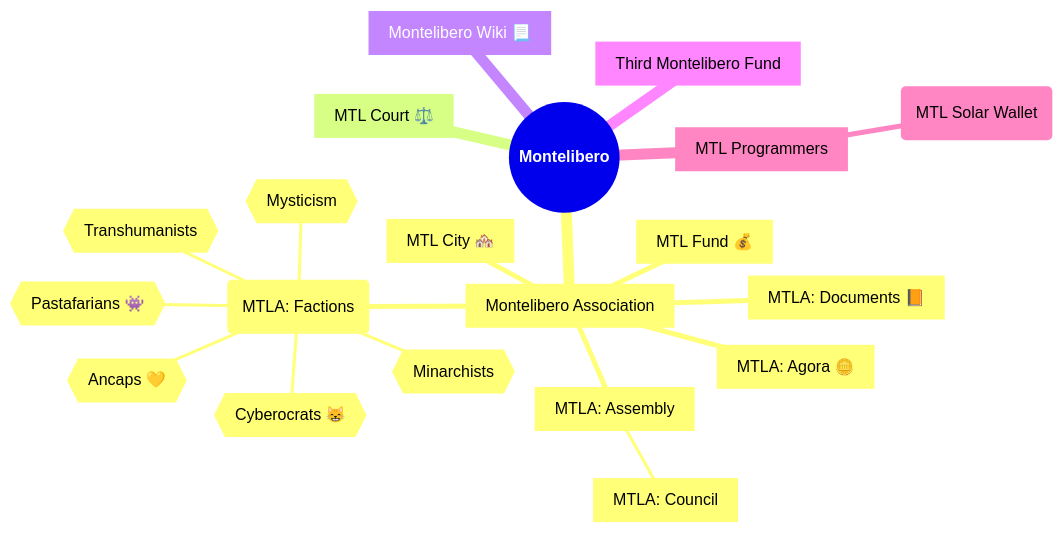
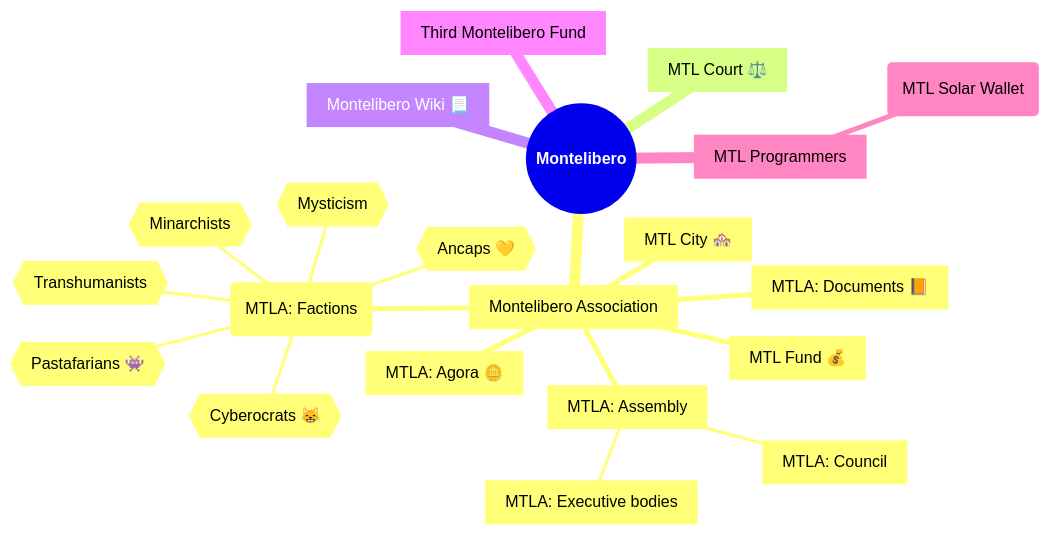
One commit to sondreb/playground changed the diagram in Montelibero.md. Above: the diagram before and after it, drawn with Mermaid.

Commit message:
Update Montelibero.md
Is this correct?

````diff
--- a/Montelibero.md
+++ b/Montelibero.md
@@ -10,23 +10,24 @@
 ```mermaid
 mindmap
   root(("`**Montelibero**`"))
     id[Montelibero Association]
         id[MTL City 🏘️]
         id[MTL Fund 💰]
         id[MTLA: Assembly]
             id[MTLA: Council]
+            id[MTLA: Executive bodies]
         id[MTLA: Agora 🪙]
         id[MTLA: Documents 📙]
         id(MTLA: Factions)
             id{{Ancaps 💛}}
             id{{Minarchists}}
             id{{Cyberocrats 😸}}
             id{{Pastafarians 👾}}
             id{{Mysticism}}
             id{{Transhumanists}}
     id[MTL Court ⚖️]
     id[Montelibero Wiki 📃]
     id[Third Montelibero Fund]
     id[MTL Programmers]
         id(MTL Solar Wallet)
 ```
````
